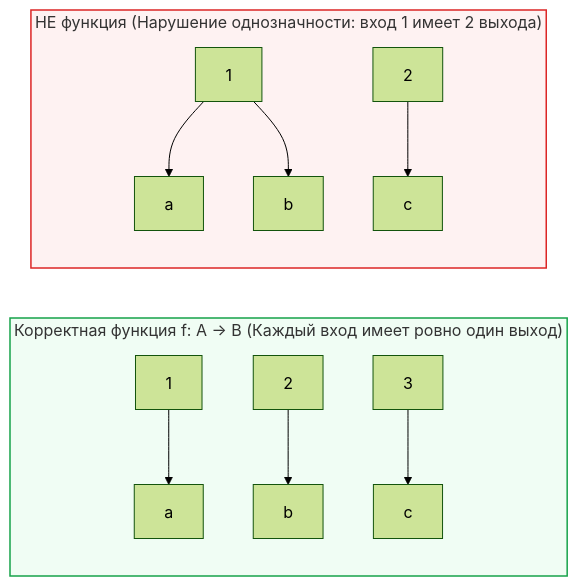
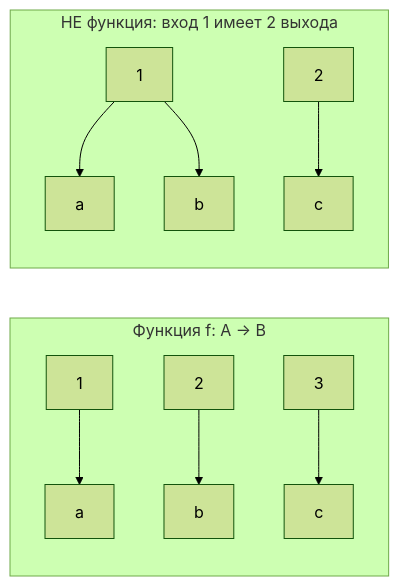
One commit to Kefirleos/itmo-vault changed the diagram in Конспекты/1 семестр/Поток 2/Дискретная математика/06. Лекция - Функции и отображения, инъекция, сюръекция, биекция и композиция (2026-10-14).md. Above: the diagram before and after it, drawn with Mermaid (forest theme). The commit also changed other lines of this file and 15 other files, not shown here.

````diff
--- a/Конспекты/1 семестр/Поток 2/Дискретная математика/06. Лекция - Функции и отображения, инъекция, сюръекция, биекция и композиция (2026-10-14).md
+++ b/Конспекты/1 семестр/Поток 2/Дискретная математика/06. Лекция - Функции и отображения, инъекция, сюръекция, биекция и композиция (2026-10-14).md
@@ -77,15 +91,13 @@
 ```mermaid
 graph LR
-    subgraph Good ["Корректная функция f: A → B (Каждый вход имеет ровно один выход)"]
+    subgraph Good ["Функция f: A → B"]
         A1["1"] --> B1["a"]
         A2["2"] --> B2["b"]
         A3["3"] --> B3["c"]
     end
-    subgraph Bad ["НЕ функция (Нарушение однозначности: вход 1 имеет 2 выхода)"]
+    subgraph Bad ["НЕ функция: вход 1 имеет 2 выхода"]
         X1["1"] --> Y1["a"]
         X1 --> Y2["b"]
         X2["2"] --> Y3["c"]
     end
-    style Good fill:#f0fdf4,stroke:#16a34a,stroke-width:1.5px
-    style Bad fill:#fef2f2,stroke:#dc2626,stroke-width:1.5px
 ```
````
